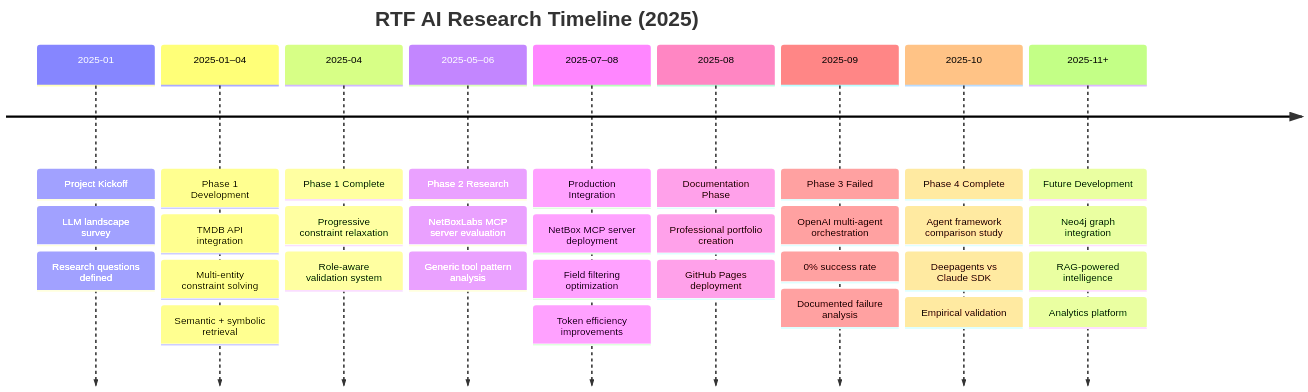
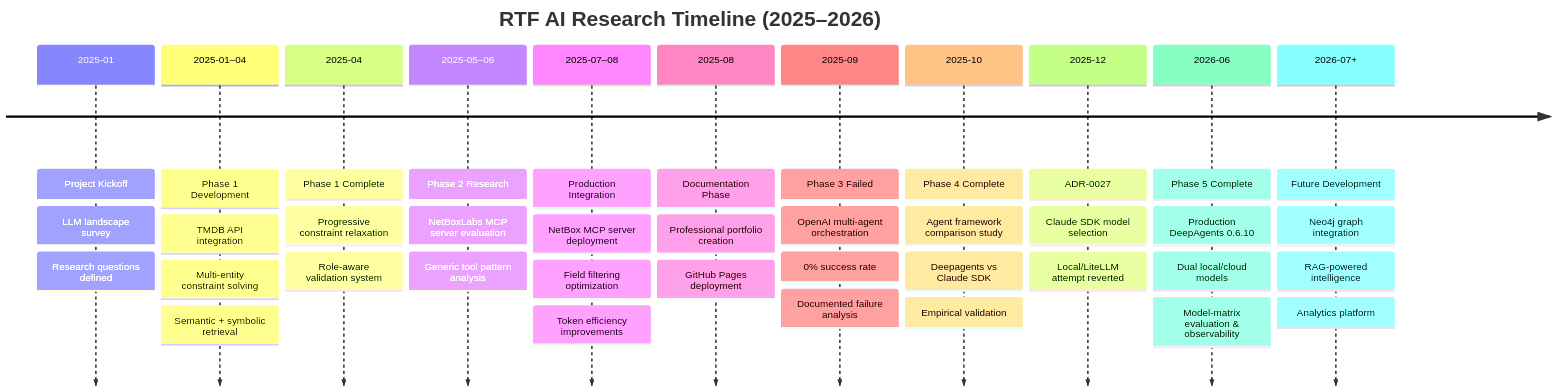
One commit to FinnMacCumail/rtf-research changed the first of 2 diagrams in docs/index.md. Above: the diagram before and after it, drawn with Mermaid. The commit also changed other lines of this file and 15 other files, not shown here.

First line of the commit message:
docs: add Phase 5 (Production DeepAgents) — multi-model & observability

````diff
--- a/docs/index.md
+++ b/docs/index.md
@@ -30,13 +33,15 @@
 ```mermaid
 timeline
-    title RTF AI Research Timeline (2025)
+    title RTF AI Research Timeline (2025–2026)
     2025-01 : Project Kickoff : LLM landscape survey : Research questions defined
     2025-01–04 : Phase 1 Development : TMDB API integration : Multi-entity constraint solving : Semantic + symbolic retrieval
     2025-04 : Phase 1 Complete : Progressive constraint relaxation : Role-aware validation system
     2025-05–06 : Phase 2 Research : NetBoxLabs MCP server evaluation : Generic tool pattern analysis
     2025-07–08 : Production Integration : NetBox MCP server deployment : Field filtering optimization : Token efficiency improvements
     2025-08 : Documentation Phase : Professional portfolio creation : GitHub Pages deployment
     2025-09 : Phase 3 Failed : OpenAI multi-agent orchestration : 0% success rate : Documented failure analysis
     2025-10 : Phase 4 Complete : Agent framework comparison study : Deepagents vs Claude SDK : Empirical validation
-    2025-11+ : Future Development : Neo4j graph integration : RAG-powered intelligence : Analytics platform
+    2025-12 : ADR-0027 : Claude SDK model selection : Local/LiteLLM attempt reverted
+    2026-06 : Phase 5 Complete : Production DeepAgents 0.6.10 : Dual local/cloud models : Model-matrix evaluation & observability
+    2026-07+ : Future Development : Neo4j graph integration : RAG-powered intelligence : Analytics platform
 ```
````
